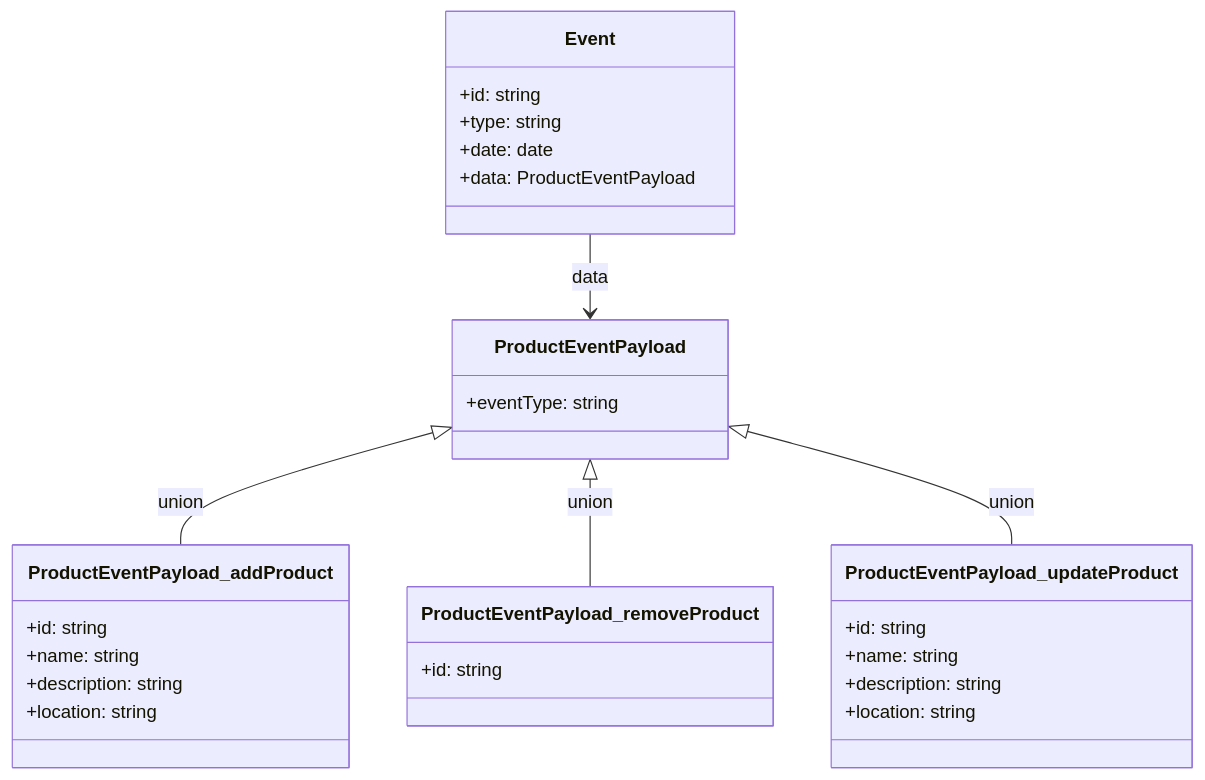
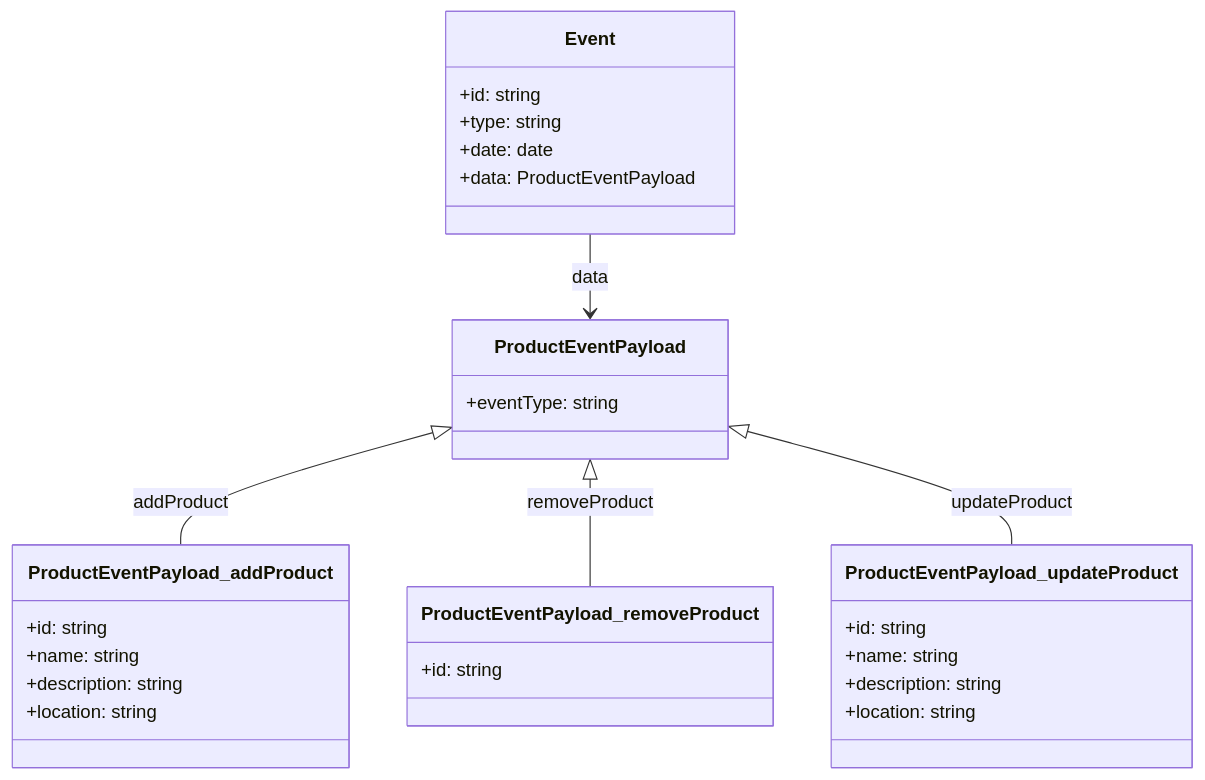
The seventh of 10 diagrams in README.md (kothar/zod-mermaid), drawn with Mermaid before and after one commit. The commit also changed other lines of this file and 6 other files, not shown here.

First line of the commit message:
[feat] Introduce ID reference functionality in mermaid-generator

````diff
--- a/README.md
+++ b/README.md
@@ -286,31 +286,31 @@
 ```mermaid
 classDiagram
     class Event {
         +id: string
         +type: string
         +date: date
         +data: ProductEventPayload
     }
     class ProductEventPayload {
         +eventType: string
     }
     class ProductEventPayload_addProduct {
         +id: string
         +name: string
         +description: string
         +location: string
     }
     class ProductEventPayload_removeProduct {
         +id: string
     }
     class ProductEventPayload_updateProduct {
         +id: string
         +name: string
         +description: string
         +location: string
     }
     Event --> ProductEventPayload : data
-    ProductEventPayload <|-- ProductEventPayload_addProduct : union
-    ProductEventPayload <|-- ProductEventPayload_removeProduct : union
-    ProductEventPayload <|-- ProductEventPayload_updateProduct : union
+    ProductEventPayload <|-- ProductEventPayload_addProduct : addProduct
+    ProductEventPayload <|-- ProductEventPayload_removeProduct : removeProduct
+    ProductEventPayload <|-- ProductEventPayload_updateProduct : updateProduct
 ```
````
